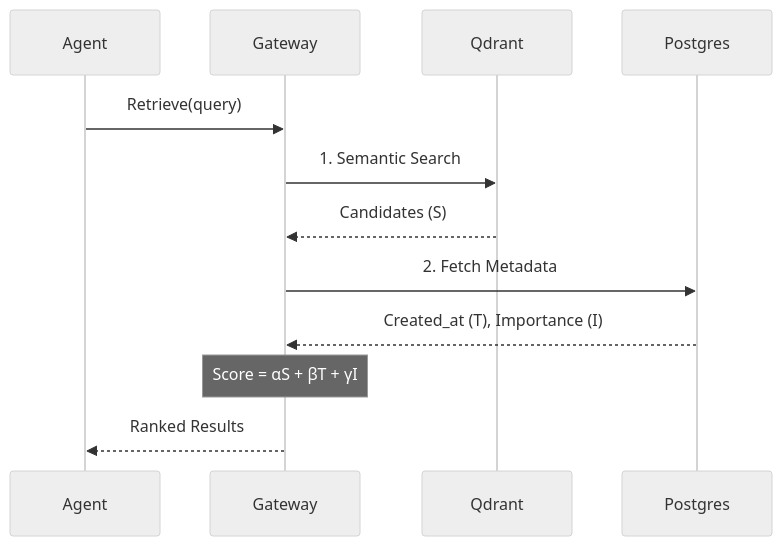
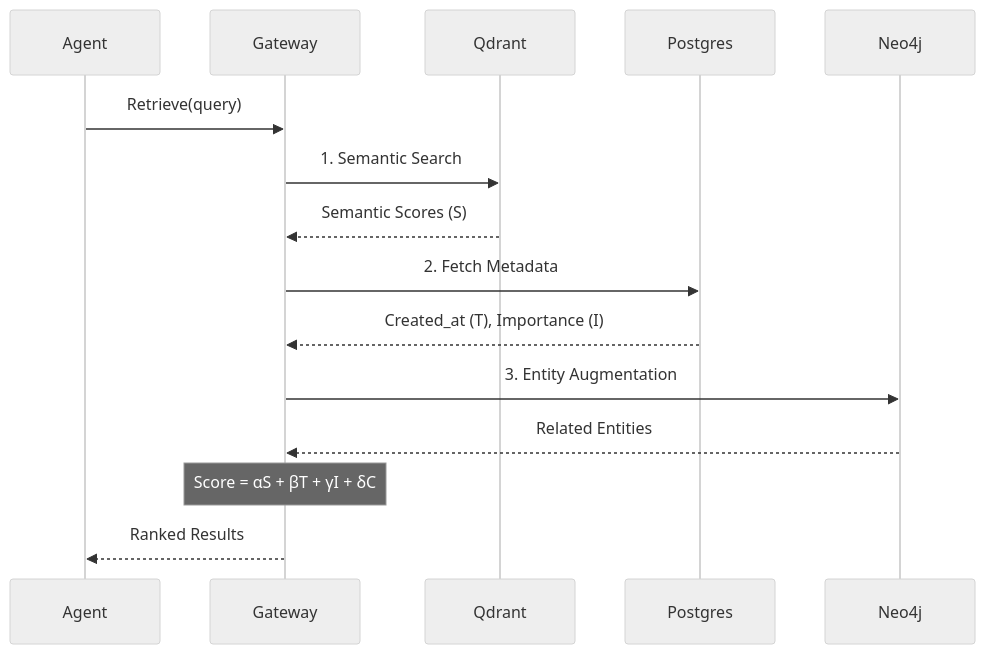
One commit to Mohi1038/distributed-memOS changed the fifth of 6 diagrams in README.md. Above: the diagram before and after it, drawn with Mermaid (neutral theme). The commit also changed other lines of this file, not shown here.

Commit message:
docs: create ultimate README combining architecture, performance, and usage

````diff
--- a/README.md
+++ b/README.md
@@ -101,15 +166,18 @@
 ```mermaid
 sequenceDiagram
     participant Agent
     participant Gateway
     participant Vector as Qdrant
     participant Meta as Postgres
+    participant Graph as Neo4j
     
     Agent->>Gateway: Retrieve(query)
     Gateway->>Vector: 1. Semantic Search
-    Vector-->>Gateway: Candidates (S)
+    Vector-->>Gateway: Semantic Scores (S)
     Gateway->>Meta: 2. Fetch Metadata
     Meta-->>Gateway: Created_at (T), Importance (I)
-    Note over Gateway: Score = αS + βT + γI
+    Gateway->>Graph: 3. Entity Augmentation
+    Graph-->>Gateway: Related Entities
+    Note over Gateway: Score = αS + βT + γI + δC
     Gateway-->>Agent: Ranked Results
 ```
````
